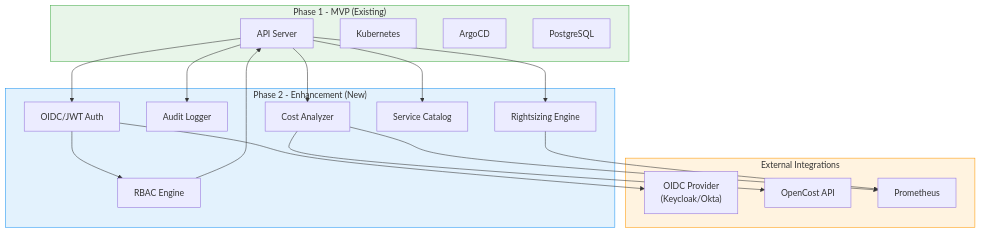
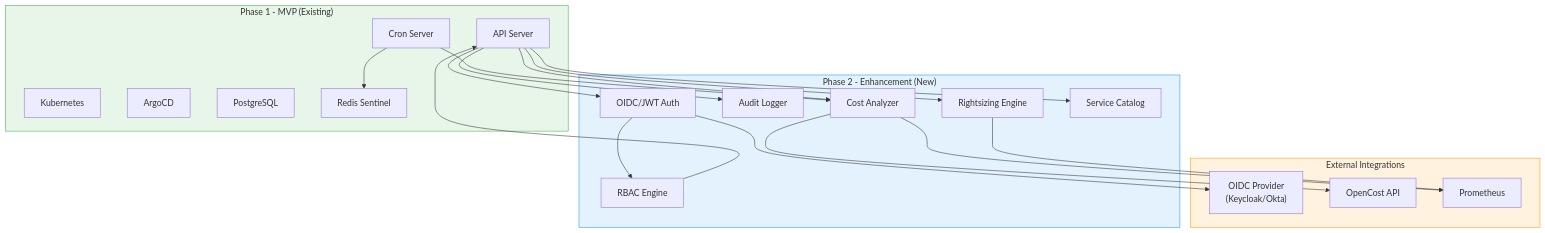
Before and after one commit to davidsugianto/idp-core: the diagram in docs/prd/PRD_PHASE_2.md, drawn with Mermaid. The commit also changed other lines of this file and 27 other files, not shown here.

Commit message:
finops: add cron server to run every cronjob task

````diff
--- a/docs/prd/PRD_PHASE_2.md
+++ b/docs/prd/PRD_PHASE_2.md
@@ -29,40 +29,44 @@
 ```mermaid
 flowchart TB
     subgraph Phase1 ["Phase 1 - MVP (Existing)"]
         API1["API Server"]
+        Cron1["Cron Server"]
         K8s1["Kubernetes"]
         ArgoCD1["ArgoCD"]
         DB1["PostgreSQL"]
+        Redis1["Redis Sentinel"]
     end
 
     subgraph Phase2 ["Phase 2 - Enhancement (New)"]
         Auth["OIDC/JWT Auth"]
         RBAC["RBAC Engine"]
         Audit["Audit Logger"]
         Cost["Cost Analyzer"]
         Rightsizing["Rightsizing Engine"]
         Catalog["Service Catalog"]
     end
 
     subgraph External ["External Integrations"]
         OIDC["OIDC Provider<br/>(Keycloak/Okta)"]
         OpenCost["OpenCost API"]
         Prometheus["Prometheus"]
     end
 
     API1 --> Auth
     Auth --> RBAC
     RBAC --> API1
     API1 --> Audit
-    API1 --> Cost
+    Cron1 --> Cost
     Cost --> OpenCost
     Cost --> Prometheus
+    API1 --> Cost
     API1 --> Rightsizing
     Rightsizing --> Prometheus
     API1 --> Catalog
     Auth --> OIDC
+    Cron1 --> Redis1
 
     style Phase1 fill:#e8f5e9,stroke:#4caf50
     style Phase2 fill:#e3f2fd,stroke:#2196f3
     style External fill:#fff3e0,stroke:#ff9800
 ```
````
